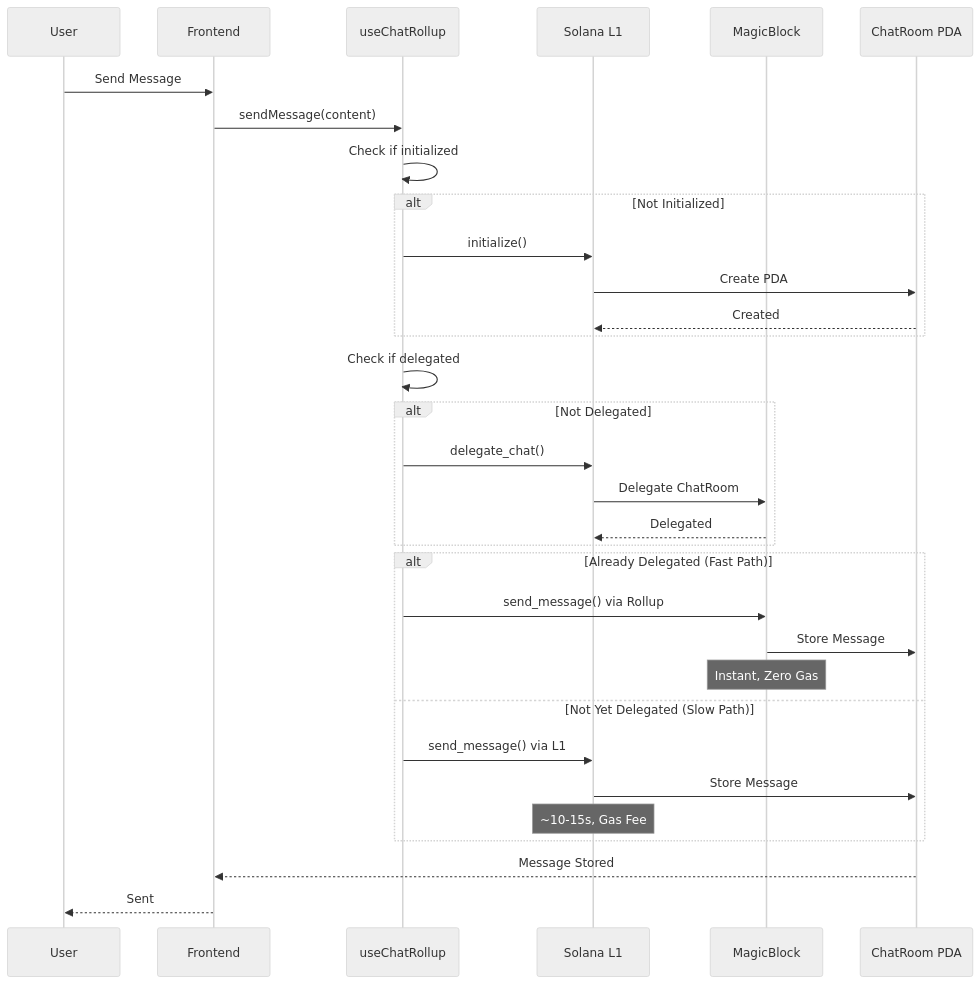
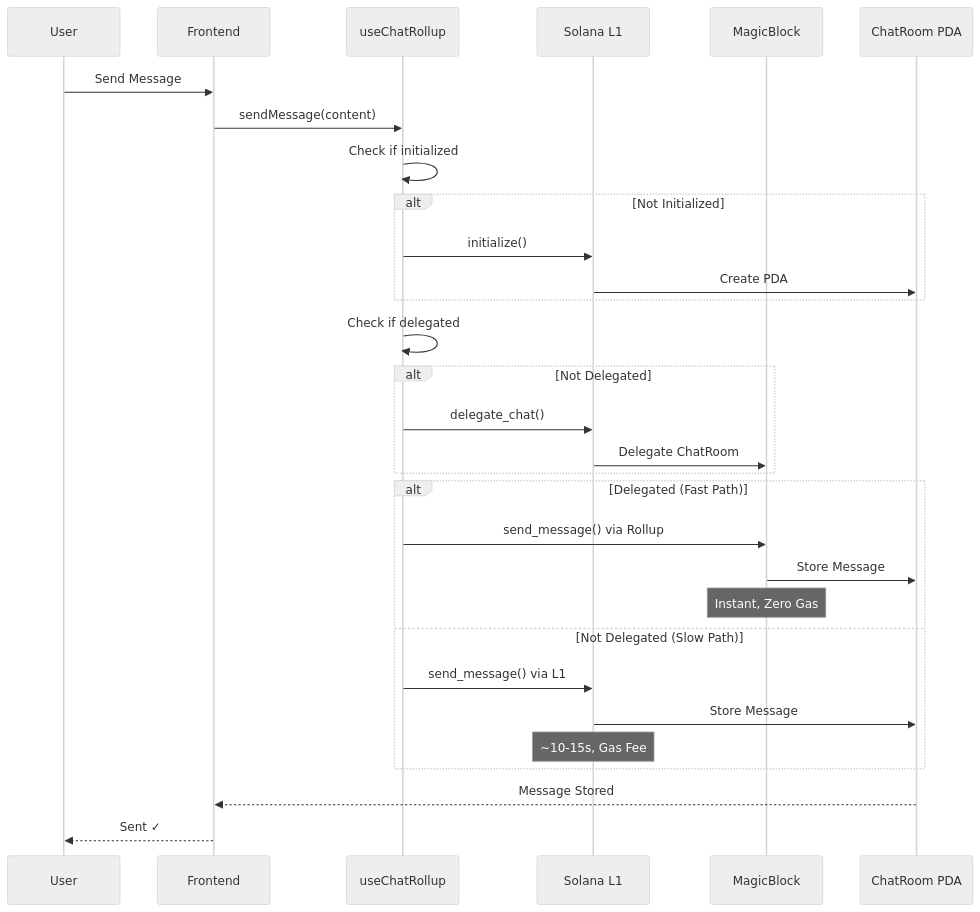
One commit to bri-anadi/frequencii changed the ninth of 12 diagrams in ARCHITECTURE.md. Above: the diagram before and after it, drawn with Mermaid (neutral theme). The commit also changed other lines of this file and 1 other file, not shown here.

````diff
--- a/ARCHITECTURE.md
+++ b/ARCHITECTURE.md
@@ -74,41 +390,39 @@
 ```mermaid
 sequenceDiagram
     participant User as User
     participant Frontend as Frontend
     participant Hook as useChatRollup
     participant L1 as Solana L1
     participant MB as MagicBlock
     participant ChatRoom as ChatRoom PDA
 
     User->>Frontend: Send Message
     Frontend->>Hook: sendMessage(content)
 
     Hook->>Hook: Check if initialized
 
     alt Not Initialized
         Hook->>L1: initialize()
         L1->>ChatRoom: Create PDA
-        ChatRoom-->>L1: Created
     end
 
     Hook->>Hook: Check if delegated
 
     alt Not Delegated
         Hook->>L1: delegate_chat()
         L1->>MB: Delegate ChatRoom
-        MB-->>L1: Delegated
     end
 
-    alt Already Delegated (Fast Path)
+    alt Delegated (Fast Path)
         Hook->>MB: send_message() via Rollup
         MB->>ChatRoom: Store Message
         Note over MB: Instant, Zero Gas
-    else Not Yet Delegated (Slow Path)
+    else Not Delegated (Slow Path)
         Hook->>L1: send_message() via L1
         L1->>ChatRoom: Store Message
         Note over L1: ~10-15s, Gas Fee
     end
 
     ChatRoom-->>Frontend: Message Stored
-    Frontend-->>User: Sent
+    Frontend-->>User: Sent ✓
 ```
````
